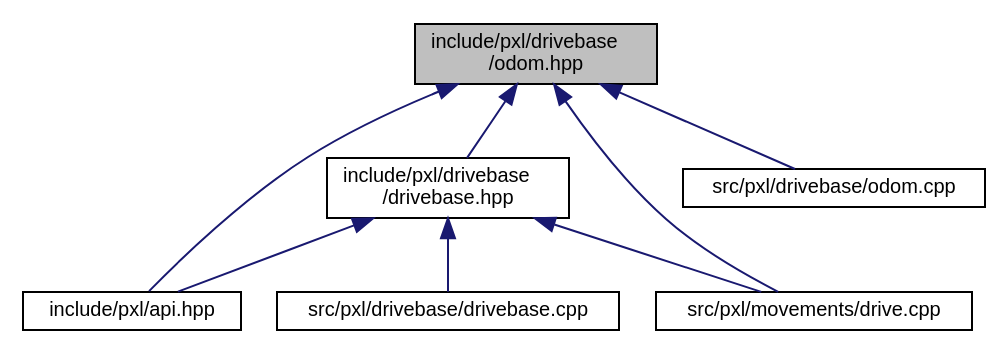
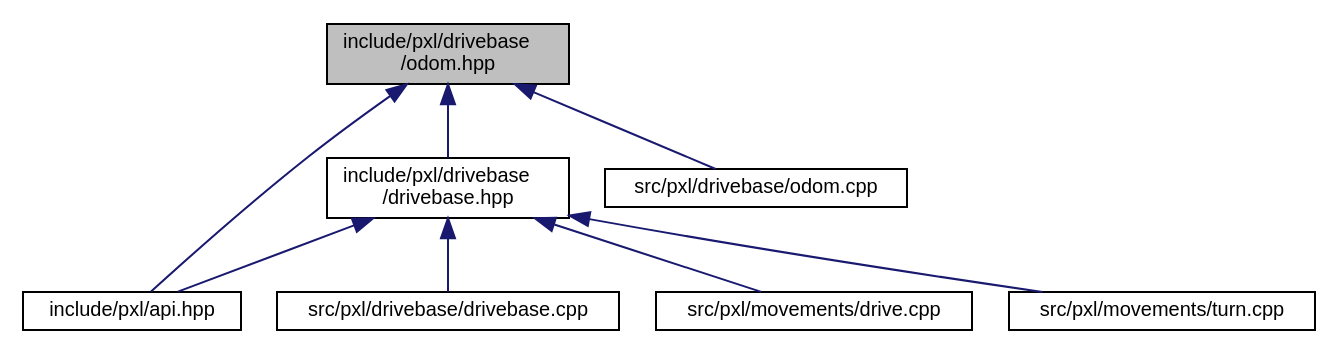
One commit to Pixel-Lib/Pixel changed the diagram in odom_8hpp__dep__incl.dot. Above: the diagram before and after it, drawn with Graphviz. The commit also changed 232 other files, not shown here.

```diff
--- a/odom_8hpp__dep__incl.dot
+++ b/odom_8hpp__dep__incl.dot
@@ -1,19 +1,20 @@
 digraph "include/pxl/drivebase/odom.hpp"
 {
  // LATEX_PDF_SIZE
   edge [fontname="Helvetica",fontsize="10",labelfontname="Helvetica",labelfontsize="10"];
   node [fontname="Helvetica",fontsize="10",shape=record];
   Node1 [label="include/pxl/drivebase\l/odom.hpp",height=0.2,width=0.4,color="black", fillcolor="grey75", style="filled", fontcolor="black",tooltip=" "];
   Node1 -> Node2 [dir="back",color="midnightblue",fontsize="10",style="solid",fontname="Helvetica"];
   Node2 [label="include/pxl/api.hpp",height=0.2,width=0.4,color="black", fillcolor="white", style="filled",URL="$api_8hpp.html",tooltip=" "];
   Node1 -> Node3 [dir="back",color="midnightblue",fontsize="10",style="solid",fontname="Helvetica"];
   Node3 [label="include/pxl/drivebase\l/drivebase.hpp",height=0.2,width=0.4,color="black", fillcolor="white", style="filled",URL="$drivebase_8hpp.html",tooltip=" "];
   Node3 -> Node2 [dir="back",color="midnightblue",fontsize="10",style="solid",fontname="Helvetica"];
   Node3 -> Node4 [dir="back",color="midnightblue",fontsize="10",style="solid",fontname="Helvetica"];
   Node4 [label="src/pxl/drivebase/drivebase.cpp",height=0.2,width=0.4,color="black", fillcolor="white", style="filled",URL="$drivebase_8cpp.html",tooltip=" "];
   Node3 -> Node5 [dir="back",color="midnightblue",fontsize="10",style="solid",fontname="Helvetica"];
   Node5 [label="src/pxl/movements/drive.cpp",height=0.2,width=0.4,color="black", fillcolor="white", style="filled",URL="$drive_8cpp.html",tooltip=" "];
-  Node1 -> Node6 [dir="back",color="midnightblue",fontsize="10",style="solid",fontname="Helvetica"];
-  Node6 [label="src/pxl/drivebase/odom.cpp",height=0.2,width=0.4,color="black", fillcolor="white", style="filled",URL="$odom_8cpp.html",tooltip=" "];
-  Node1 -> Node5 [dir="back",color="midnightblue",fontsize="10",style="solid",fontname="Helvetica"];
+  Node3 -> Node6 [dir="back",color="midnightblue",fontsize="10",style="solid",fontname="Helvetica"];
+  Node6 [label="src/pxl/movements/turn.cpp",height=0.2,width=0.4,color="black", fillcolor="white", style="filled",URL="$turn_8cpp.html",tooltip=" "];
+  Node1 -> Node7 [dir="back",color="midnightblue",fontsize="10",style="solid",fontname="Helvetica"];
+  Node7 [label="src/pxl/drivebase/odom.cpp",height=0.2,width=0.4,color="black", fillcolor="white", style="filled",URL="$odom_8cpp.html",tooltip=" "];
 }
```
